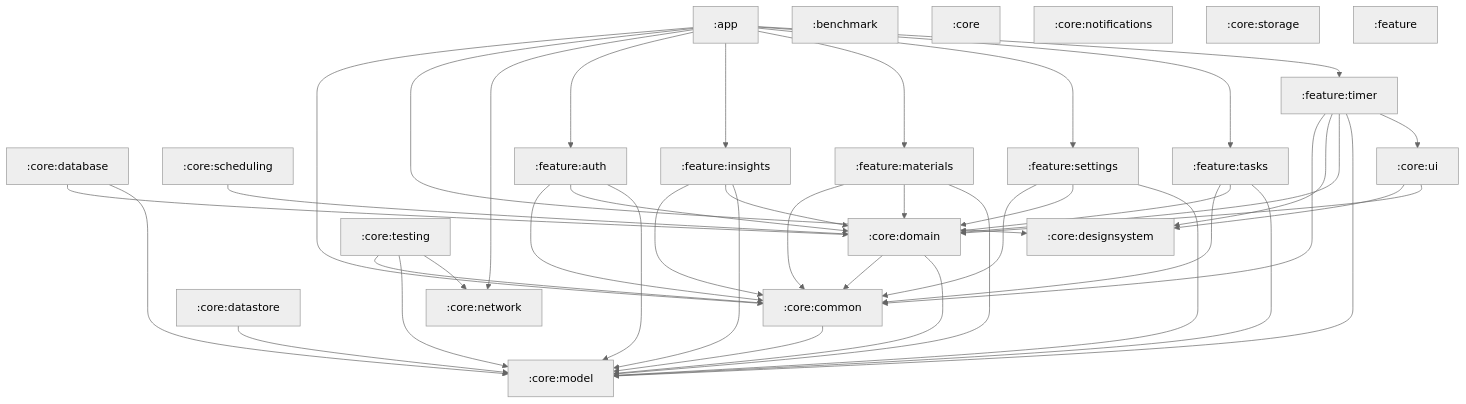
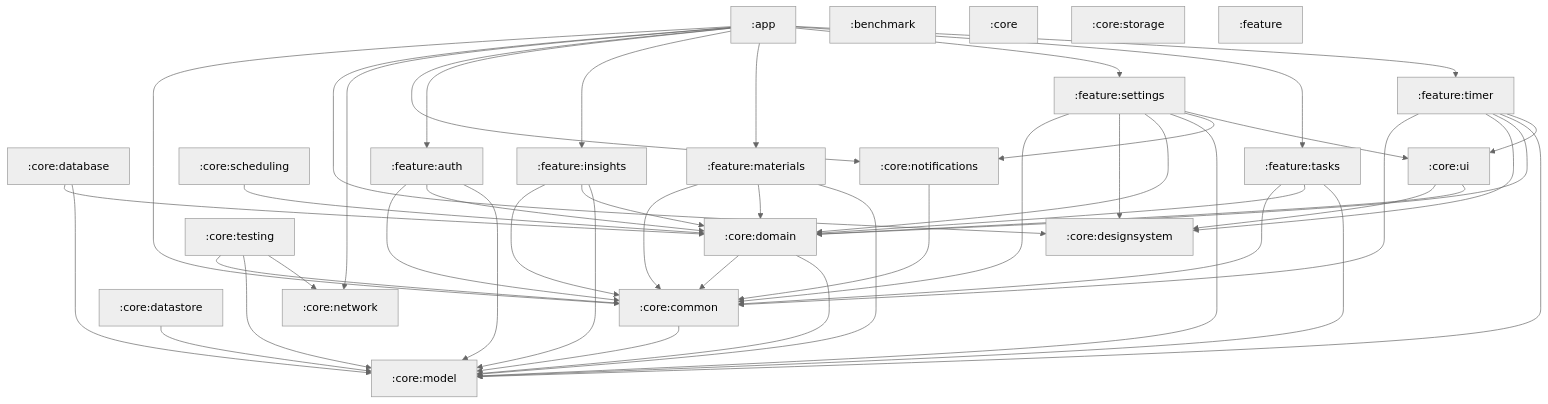
The diagram in docs/module-graph.md (konarsubhojit/study-app), drawn with Mermaid (neutral theme) before and after one commit. The commit also changed other lines of this file and 30 other files, not shown here.

First line of the commit message:
Notification infrastructure: channels, permission flow and builders (#101)

````diff
--- a/docs/module-graph.md
+++ b/docs/module-graph.md
@@ -8,66 +8,71 @@
 ```mermaid
 graph TD
     app[":app"]
     benchmark[":benchmark"]
     core[":core"]
     core_common[":core:common"]
     core_database[":core:database"]
     core_datastore[":core:datastore"]
     core_designsystem[":core:designsystem"]
     core_domain[":core:domain"]
     core_model[":core:model"]
     core_network[":core:network"]
     core_notifications[":core:notifications"]
     core_scheduling[":core:scheduling"]
     core_storage[":core:storage"]
     core_testing[":core:testing"]
     core_ui[":core:ui"]
     feature[":feature"]
     feature_auth[":feature:auth"]
     feature_insights[":feature:insights"]
     feature_materials[":feature:materials"]
     feature_settings[":feature:settings"]
     feature_tasks[":feature:tasks"]
     feature_timer[":feature:timer"]
     app --> core_common
     app --> core_designsystem
     app --> core_network
+    app --> core_notifications
     app --> feature_auth
     app --> feature_insights
     app --> feature_materials
     app --> feature_settings
     app --> feature_tasks
     app --> feature_timer
     core_common --> core_model
     core_database --> core_domain
     core_database --> core_model
     core_datastore --> core_model
     core_domain --> core_common
     core_domain --> core_model
+    core_notifications --> core_common
     core_scheduling --> core_domain
     core_testing --> core_common
     core_testing --> core_model
     core_testing --> core_network
     core_ui --> core_designsystem
     core_ui --> core_domain
     feature_auth --> core_common
     feature_auth --> core_domain
     feature_auth --> core_model
     feature_insights --> core_common
     feature_insights --> core_domain
     feature_insights --> core_model
     feature_materials --> core_common
     feature_materials --> core_domain
     feature_materials --> core_model
     feature_settings --> core_common
+    feature_settings --> core_designsystem
     feature_settings --> core_domain
     feature_settings --> core_model
+    feature_settings --> core_notifications
+    feature_settings --> core_ui
     feature_tasks --> core_common
     feature_tasks --> core_domain
     feature_tasks --> core_model
     feature_timer --> core_common
     feature_timer --> core_designsystem
     feature_timer --> core_domain
     feature_timer --> core_model
     feature_timer --> core_ui
 ```
````
